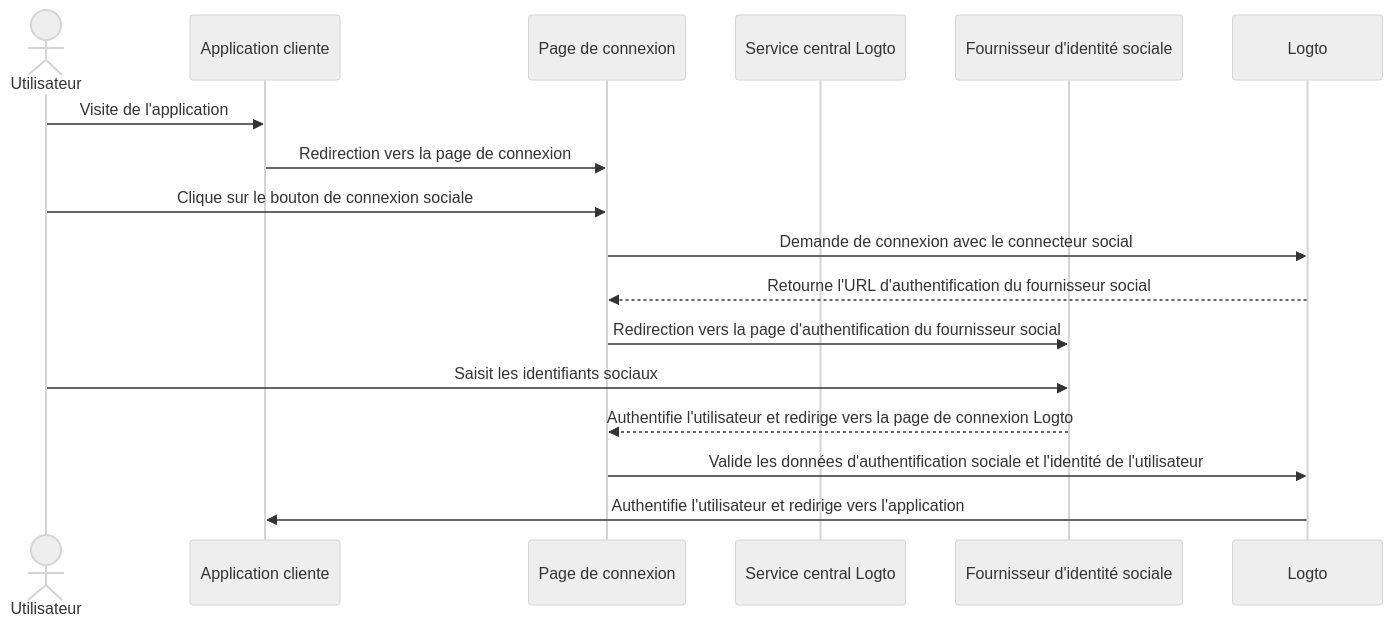
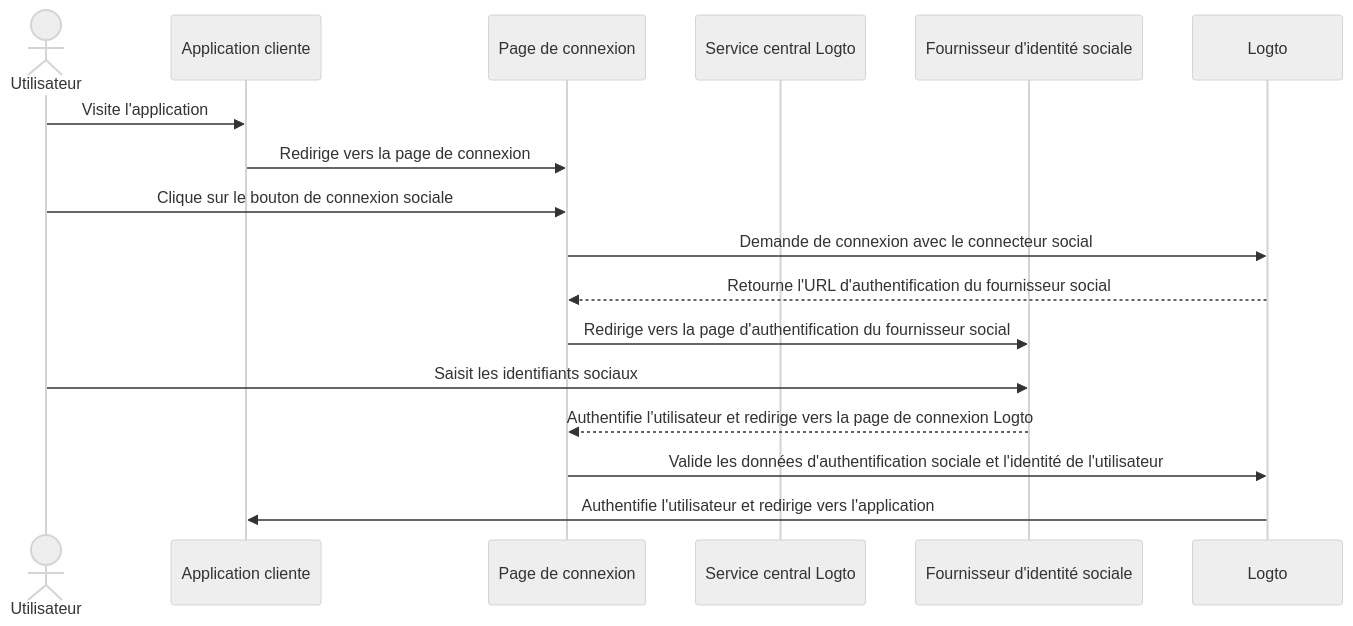
Before and after one commit to logto-io/docs: the first of 5 diagrams in i18n/fr/docusaurus-plugin-content-docs/current/end-user-flows/sign-up-and-sign-in/social-sign-in.mdx, drawn with Mermaid (neutral theme). The commit also changed other lines of this file and 2629 other files, not shown here.

````diff
--- a/i18n/fr/docusaurus-plugin-content-docs/current/end-user-flows/sign-up-and-sign-in/social-sign-in.mdx
+++ b/i18n/fr/docusaurus-plugin-content-docs/current/end-user-flows/sign-up-and-sign-in/social-sign-in.mdx
@@ -36,19 +39,19 @@
 ```mermaid
 sequenceDiagram
     actor user as Utilisateur
     participant app as Application cliente
     participant experience as Page de connexion
     participant logto as Service central Logto
     participant social as Fournisseur d'identité sociale
 
-    user->>app: Visite de l'application
-    app->>experience: Redirection vers la page de connexion
+    user->>app: Visite l'application
+    app->>experience: Redirige vers la page de connexion
     user->>experience: Clique sur le bouton de connexion sociale
     experience->>Logto: Demande de connexion avec le connecteur social
     Logto-->>experience: Retourne l'URL d'authentification du fournisseur social
-    experience->>social: Redirection vers la page d'authentification du fournisseur social
+    experience->>social: Redirige vers la page d'authentification du fournisseur social
     user->>social: Saisit les identifiants sociaux
     social-->>experience: Authentifie l'utilisateur et redirige vers la page de connexion Logto
     experience->>Logto: Valide les données d'authentification sociale et l'identité de l'utilisateur
     Logto->>app: Authentifie l'utilisateur et redirige vers l'application
 ```
````
